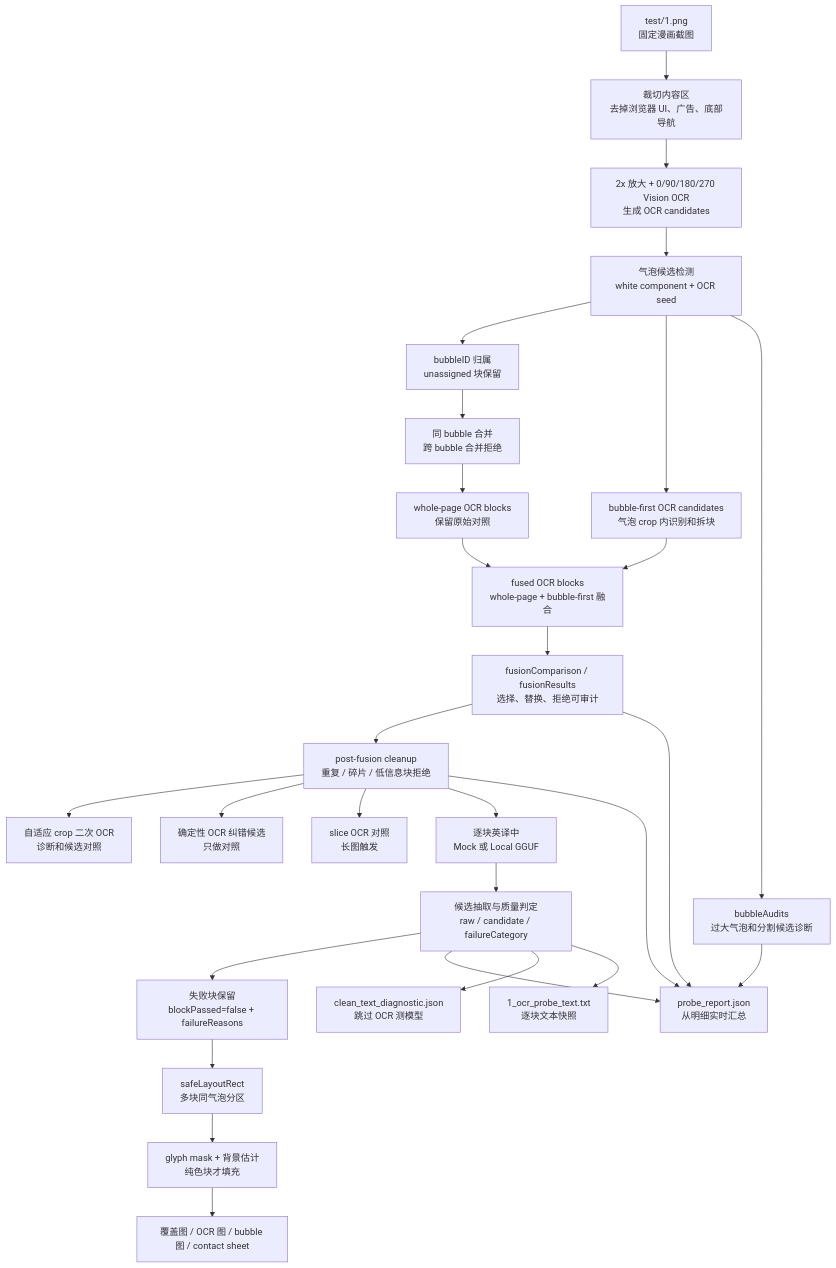
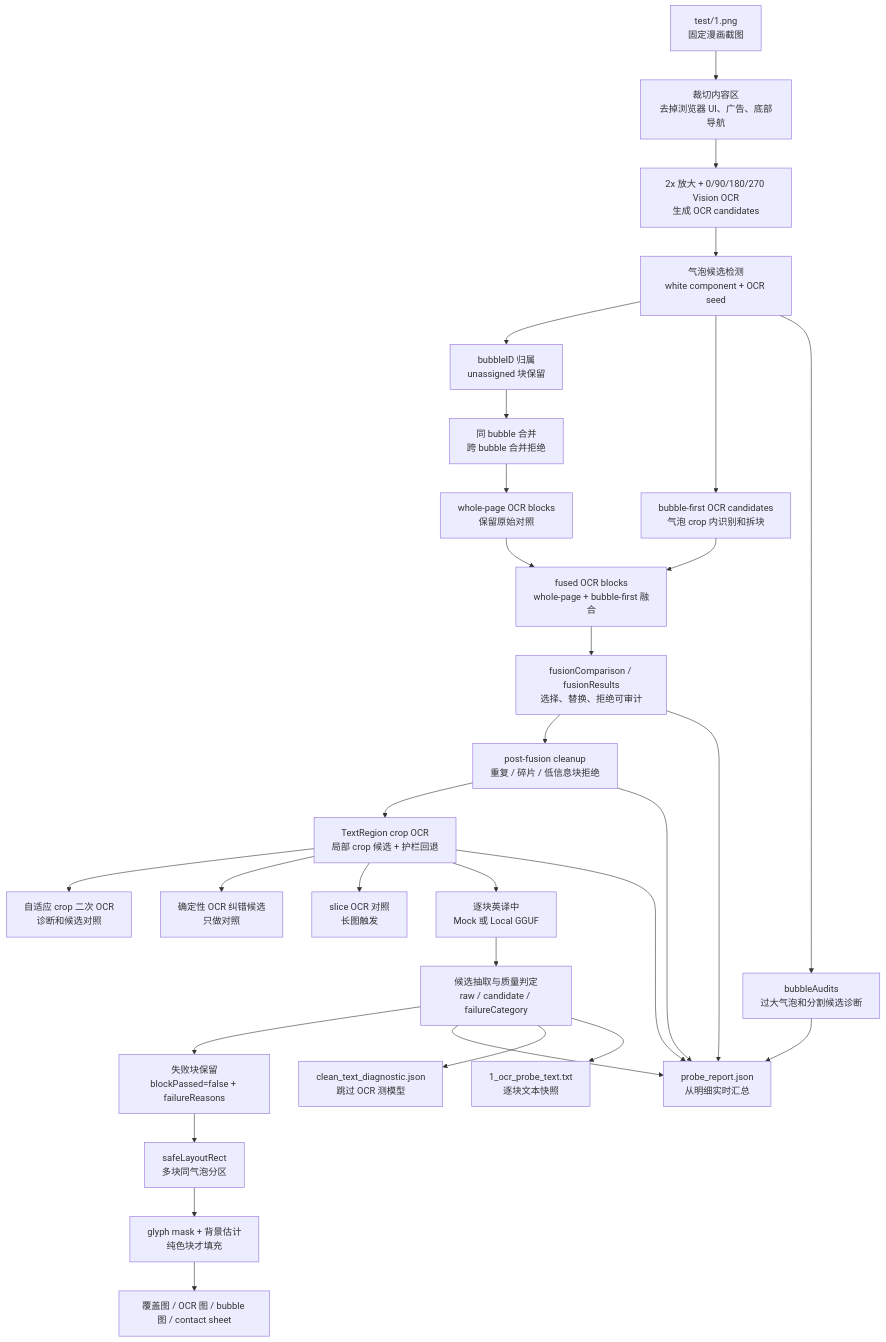
One commit to bengzhu/project1_lgbt_naxida changed the second of 3 diagrams in md/flow/flowchart.md. Above: the diagram before and after it, drawn with Mermaid. The commit also changed 10 other files, not shown here.

````diff
--- a/md/flow/flowchart.md
+++ b/md/flow/flowchart.md
@@ -48,39 +48,41 @@
 ```mermaid
 flowchart TD
   %% 输入：固定 bundle 素材
   A["test/1.png<br/>固定漫画截图"] --> B["裁切内容区<br/>去掉浏览器 UI、广告、底部导航"]
 
   %% OCR：整页与气泡候选
   B --> C["2x 放大 + 0/90/180/270 Vision OCR<br/>生成 OCR candidates"]
   C --> D["气泡候选检测<br/>white component + OCR seed"]
   D --> E["bubbleID 归属<br/>unassigned 块保留"]
   E --> F["同 bubble 合并<br/>跨 bubble 合并拒绝"]
   F --> W["whole-page OCR blocks<br/>保留原始对照"]
   D --> J["bubble-first OCR candidates<br/>气泡 crop 内识别和拆块"]
   W --> G["fused OCR blocks<br/>whole-page + bubble-first 融合"]
   J --> G
   G --> X["fusionComparison / fusionResults<br/>选择、替换、拒绝可审计"]
   X --> Y["post-fusion cleanup<br/>重复 / 碎片 / 低信息块拒绝"]
+  Y --> V["TextRegion crop OCR<br/>局部 crop 候选 + 护栏回退"]
   D --> Z["bubbleAudits<br/>过大气泡和分割候选诊断"]
 
   %% 诊断旁路：不替代主流程
-  Y --> H["自适应 crop 二次 OCR<br/>诊断和候选对照"]
-  Y --> I["确定性 OCR 纠错候选<br/>只做对照"]
-  Y --> K["slice OCR 对照<br/>长图触发"]
+  V --> H["自适应 crop 二次 OCR<br/>诊断和候选对照"]
+  V --> I["确定性 OCR 纠错候选<br/>只做对照"]
+  V --> K["slice OCR 对照<br/>长图触发"]
 
   %% 翻译：逐块主路径
-  Y --> L["逐块英译中<br/>Mock 或 Local GGUF"]
+  V --> L["逐块英译中<br/>Mock 或 Local GGUF"]
   L --> M["候选抽取与质量判定<br/>raw / candidate / failureCategory"]
   M --> N["失败块保留<br/>blockPassed=false + failureReasons"]
 
   %% 报告和渲染
   N --> O["safeLayoutRect<br/>多块同气泡分区"]
   O --> P["glyph mask + 背景估计<br/>纯色块才填充"]
   P --> Q["覆盖图 / OCR 图 / bubble 图 / contact sheet"]
   M --> R["probe_report.json<br/>从明细实时汇总"]
   X --> R
   Y --> R
+  V --> R
   Z --> R
   M --> S["clean_text_diagnostic.json<br/>跳过 OCR 测模型"]
   M --> T["1_ocr_probe_text.txt<br/>逐块文本快照"]
 ```
````
